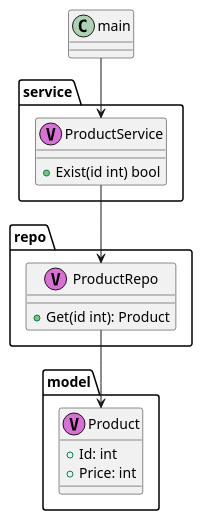
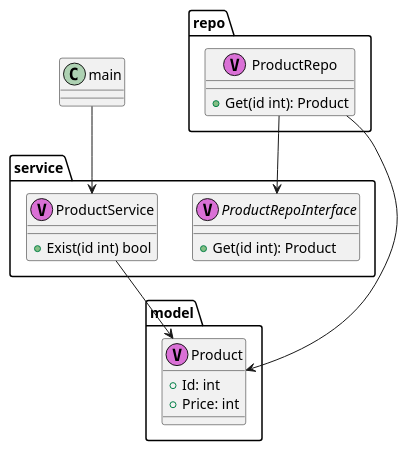
Before and after one commit to care-1040/di-sample: the diagram in arch.puml, drawn with PlantUML. The commit also changed 5 other files, not shown here.

Commit message:
change: interface into service

```diff
--- a/arch.puml
+++ b/arch.puml
@@ -1,24 +1,28 @@
 @startuml
 package "model" {
     class "Product" as model.Product <<V,Orchid>> {
         +Id: int
         +Price: int
     }
 }
 
 package "repo" {
     class "ProductRepo" as repo.ProductRepo <<V,Orchid>> {
         +Get(id int): Product
     }
 }
 
 package "service" {
     class "ProductService" as service.ProductService <<V,Orchid>> {
         +Exist(id int) bool
     }
+    interface "ProductRepoInterface" as service.ProductRepoInterface <<V,Orchid>> {
+        +Get(id int): Product
+    }
 }
 
 main --> service.ProductService
-service.ProductService --> repo.ProductRepo
+service.ProductService --> model.Product
 repo.ProductRepo --> model.Product
+repo.ProductRepo --> service.ProductRepoInterface
 @enduml
```
